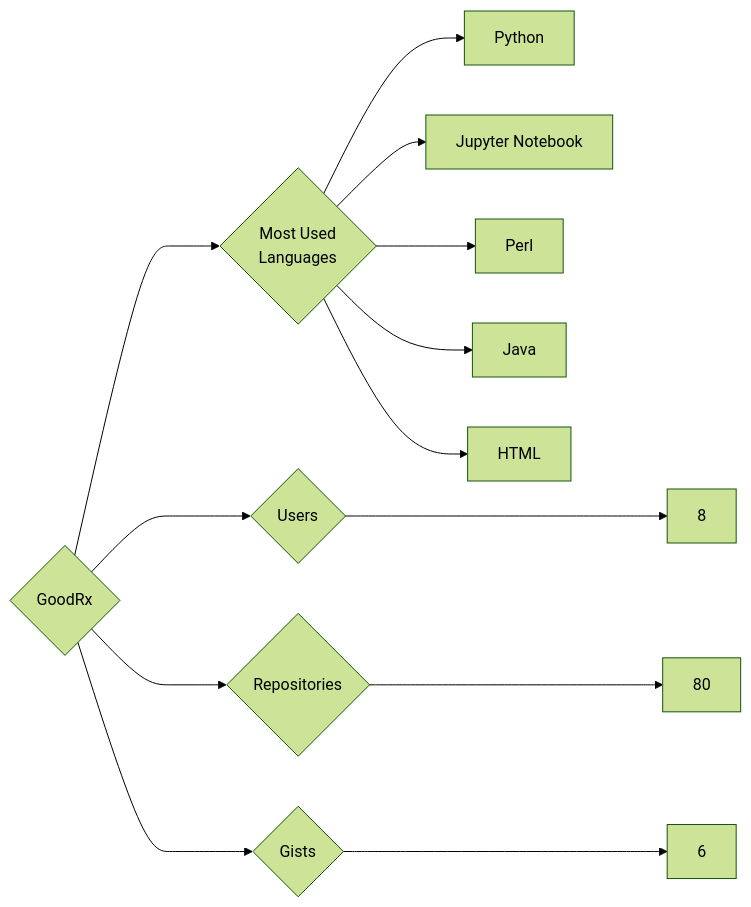
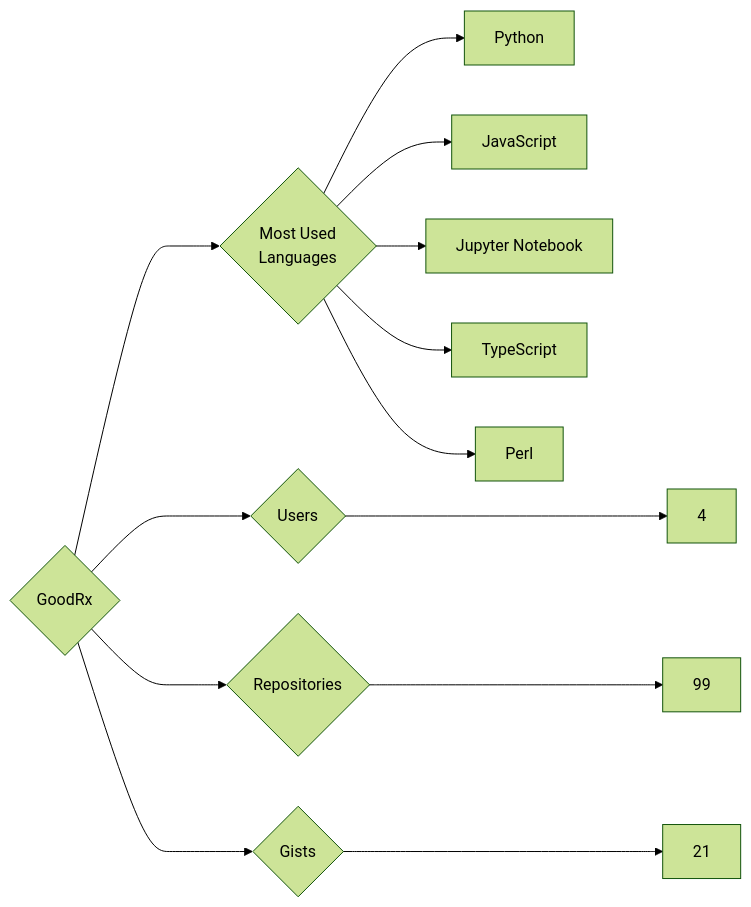
Before and after one commit to trickest/insiders: the diagram in targets/GoodRx/README.md, drawn with Mermaid (forest theme). The commit also changed 997 other files, not shown here.

````diff
--- a/targets/GoodRx/README.md
+++ b/targets/GoodRx/README.md
@@ -3,13 +3,13 @@
 ```mermaid
 graph LR
 COMPANY_NAME{GoodRx}
-COMPANY_NAME ---> U{Users} ---> UN[8]
-COMPANY_NAME ---> R{Repositories} ---> RN[80]
-COMPANY_NAME ---> G{Gists} ---> GN[6]
+COMPANY_NAME ---> U{Users} ---> UN[4]
+COMPANY_NAME ---> R{Repositories} ---> RN[99]
+COMPANY_NAME ---> G{Gists} ---> GN[21]
 COMPANY_NAME ---> ML{Most Used<br>Languages}
 ML --> Python[Python]
+ML --> JavaScript[JavaScript]
 ML --> Jupyter_Notebook[Jupyter Notebook]
+ML --> TypeScript[TypeScript]
 ML --> Perl[Perl]
-ML --> Java[Java]
-ML --> HTML[HTML]
 ```
````
